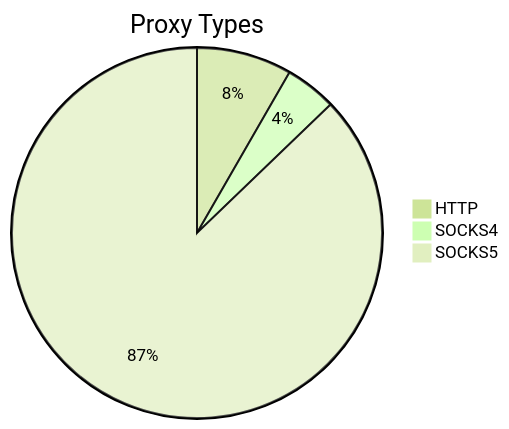
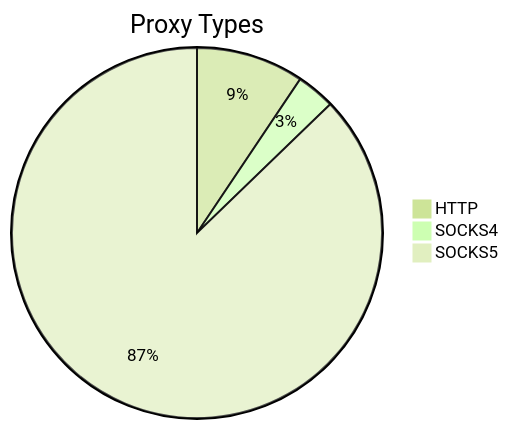
One commit to stormsia/proxy-list changed the first of 2 diagrams in README.md. Above: the diagram before and after it, drawn with Mermaid (forest theme). The commit also changed other lines of this file, not shown here.

````diff
--- a/README.md
+++ b/README.md
@@ -21,6 +21,6 @@
 ```mermaid
 pie title Proxy Types
-    "HTTP" : 159
-    "SOCKS4" : 86
-    "SOCKS5" : 1668
+    "HTTP" : 131
+    "SOCKS4" : 47
+    "SOCKS5" : 1216
 ```
````
